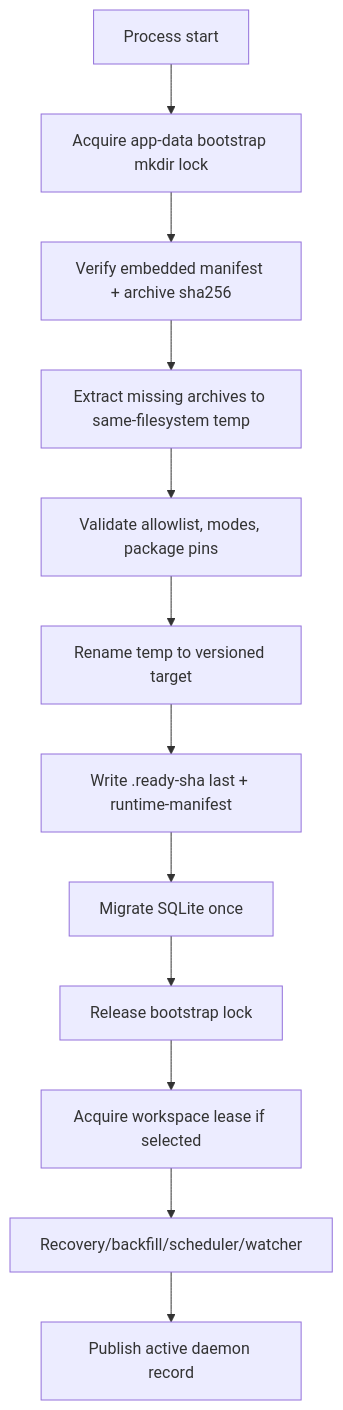
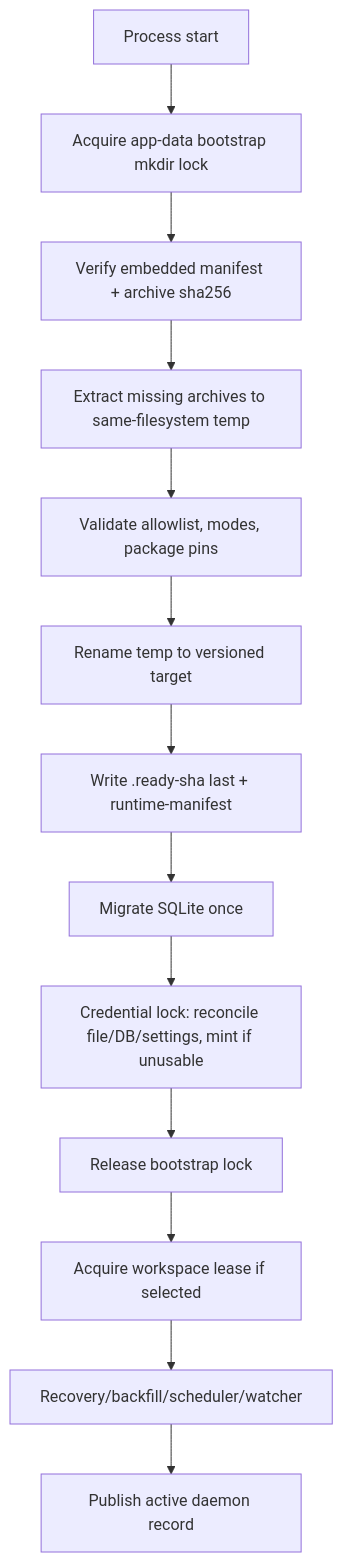
One commit to alvindev111/vidcom-v2 changed the fifth of 10 diagrams in llm-documents/specs-and-process/specs/spec-packaging-and-distribution/spec-packaging-and-distribution-detailed-design.md. Above: the diagram before and after it, drawn with Mermaid. The commit also changed other lines of this file and 14 other files, not shown here.

````diff
--- a/llm-documents/specs-and-process/specs/spec-packaging-and-distribution/spec-packaging-and-distribution-detailed-design.md
+++ b/llm-documents/specs-and-process/specs/spec-packaging-and-distribution/spec-packaging-and-distribution-detailed-design.md
@@ -234,14 +326,15 @@
 ```mermaid
 flowchart TD
     Start[Process start] --> Lock[Acquire app-data bootstrap mkdir lock]
     Lock --> Verify[Verify embedded manifest + archive sha256]
     Verify --> Extract[Extract missing archives to same-filesystem temp]
     Extract --> Check[Validate allowlist, modes, package pins]
     Check --> Rename[Rename temp to versioned target]
     Rename --> Marker[Write .ready-sha last + runtime-manifest]
     Marker --> Migrate[Migrate SQLite once]
-    Migrate --> Unlock[Release bootstrap lock]
+    Migrate --> Cred[Credential lock: reconcile file/DB/settings, mint if unusable]
+    Cred --> Unlock[Release bootstrap lock]
     Unlock --> Lease[Acquire workspace lease if selected]
     Lease --> Reconcile[Recovery/backfill/scheduler/watcher]
     Reconcile --> Listen[Publish active daemon record]
 ```
````
